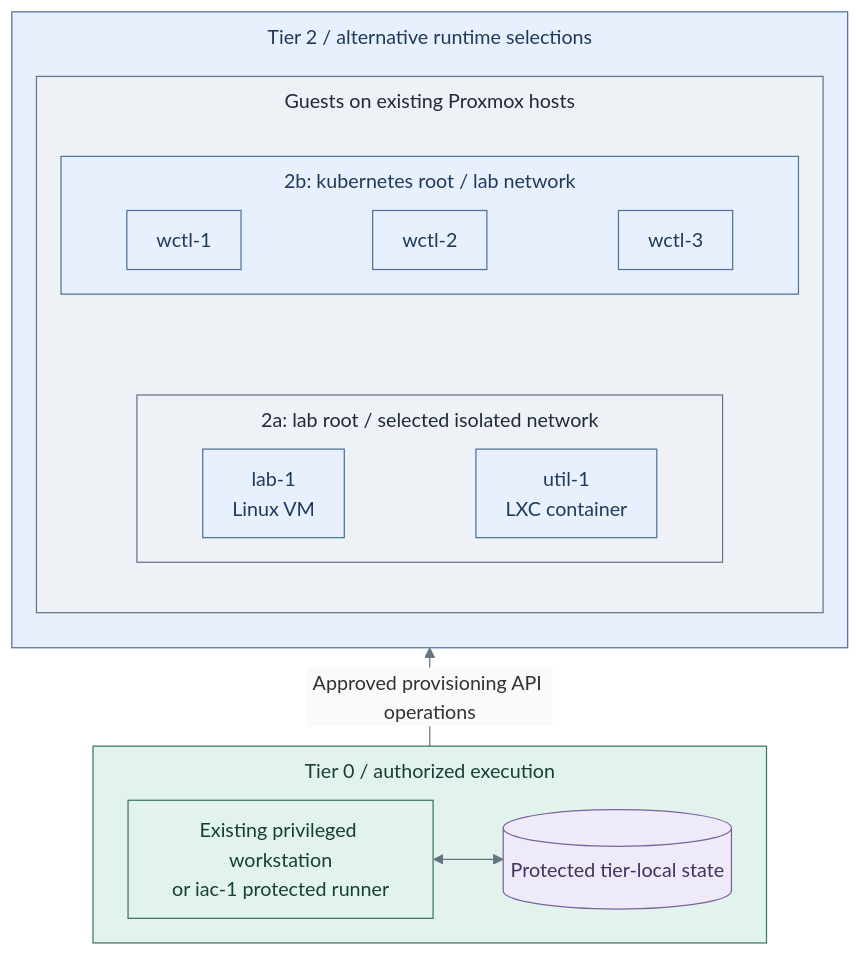
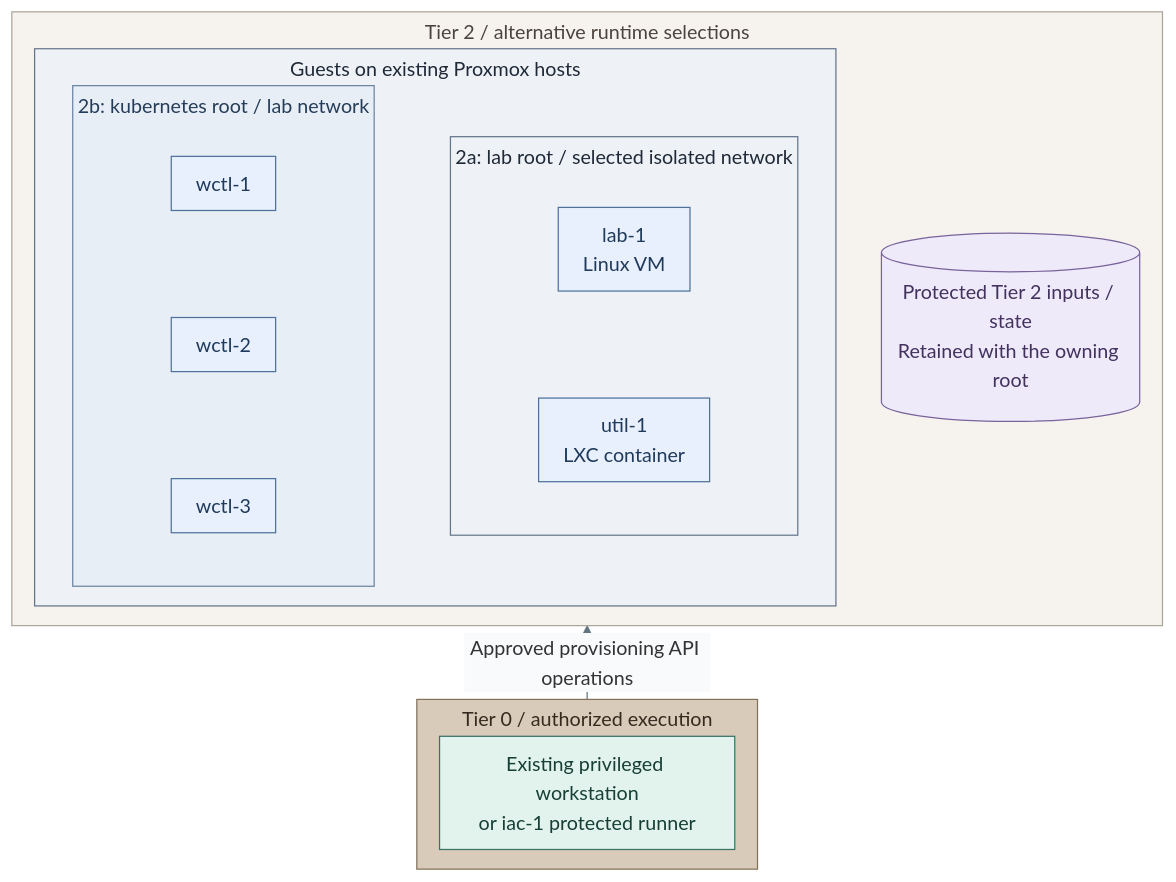
The first of 2 diagrams in docs/03-deployment/stage-10-lab-environments/README.md (Rexus/homelab), drawn with Mermaid before and after one commit. The commit also changed other lines of this file and 108 other files, not shown here.

Commit message:
docs(diagrams): unify visual language and opening views

````diff
--- a/docs/03-deployment/stage-10-lab-environments/README.md
+++ b/docs/03-deployment/stage-10-lab-environments/README.md
@@ -14,40 +14,46 @@
 ```mermaid
-%%{init: {"theme":"base","flowchart":{"nodeSpacing":20,"rankSpacing":32,"padding":12,"subGraphTitleMargin":{"top":8,"bottom":16}},"themeVariables":{"lineColor":"#627581","edgeLabelBackground":"#f8fafc"}}}%%
+%%{init: {"theme":"base","flowchart":{"nodeSpacing":12,"rankSpacing":12,"padding":10,"subGraphTitleMargin":{"top":4,"bottom":10}},"themeVariables":{"lineColor":"#627581","edgeLabelBackground":"#f8fafc"}}}%%
 flowchart BT
   subgraph T2["Tier 2 / alternative runtime selections"]
-    direction TB
+    direction LR
     subgraph PVE["Guests on existing Proxmox hosts"]
-      direction TB
+      direction LR
       subgraph Cluster["2b: kubernetes root / lab network"]
-        direction LR
+        direction TB
         CP1["wctl-1"]
         CP2["wctl-2"]
         CP3["wctl-3"]
         CP1 ~~~ CP2 ~~~ CP3
       end
       subgraph Guests["2a: lab root / selected isolated network"]
-        direction LR
+        direction TB
         VM["lab-1<br/>Linux VM"]
         CT["util-1<br/>LXC container"]
         VM ~~~ CT
       end
       Cluster ~~~ Guests
     end
+    State[("Protected Tier 2 inputs / state<br/>Retained with the owning root")]
+    PVE ~~~ State
   end
   subgraph T0["Tier 0 / authorized execution"]
     direction LR
     Runner["Existing privileged workstation<br/>or iac-1 protected runner"]
-    State[("Protected tier-local state")]
-    Runner <--> State
   end
   T0 -->|Approved provisioning API operations| T2
   classDef default fill:#f8fafc,stroke:#64748b,color:#1f2937
   classDef control fill:#e2f3ed,stroke:#397366,color:#173f36
   classDef data fill:#eeeafa,stroke:#78639b,color:#42325d
   classDef services fill:#e7f0fc,stroke:#4d719b,color:#203a5b
   classDef boundary fill:#eef2f6,stroke:#64748b,color:#1f2937
-  class T0,Runner control
+  class Runner control
   class PVE,Guests boundary
   class State data
-  class T2,Cluster,CP1,CP2,CP3,VM,CT services
+  class CP1,CP2,CP3,VM,CT services
+  classDef kubernetes fill:#e8eef6,stroke:#6b83a3,color:#263d59
+  class Cluster kubernetes
+  classDef tier0 fill:#d8cbb9,stroke:#83715a,color:#352a1e
+  class T0 tier0
+  classDef tier2 fill:#f6f3ef,stroke:#aca59b,color:#4b443c
+  class T2 tier2
 ```
````
